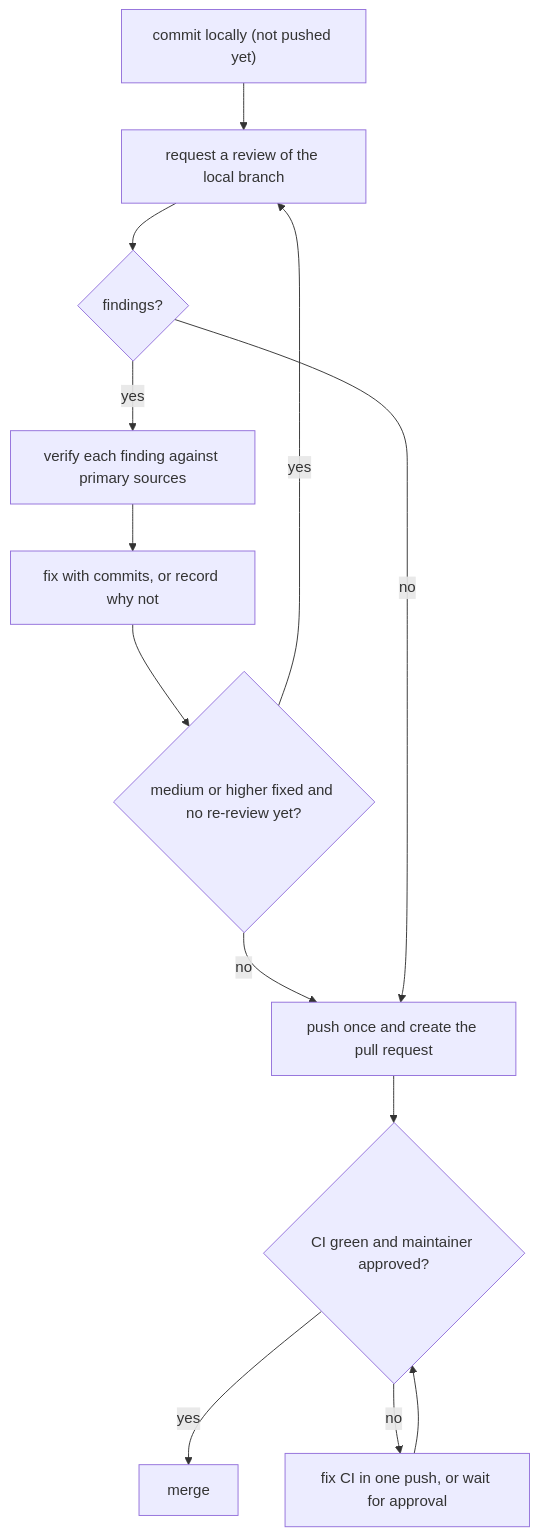
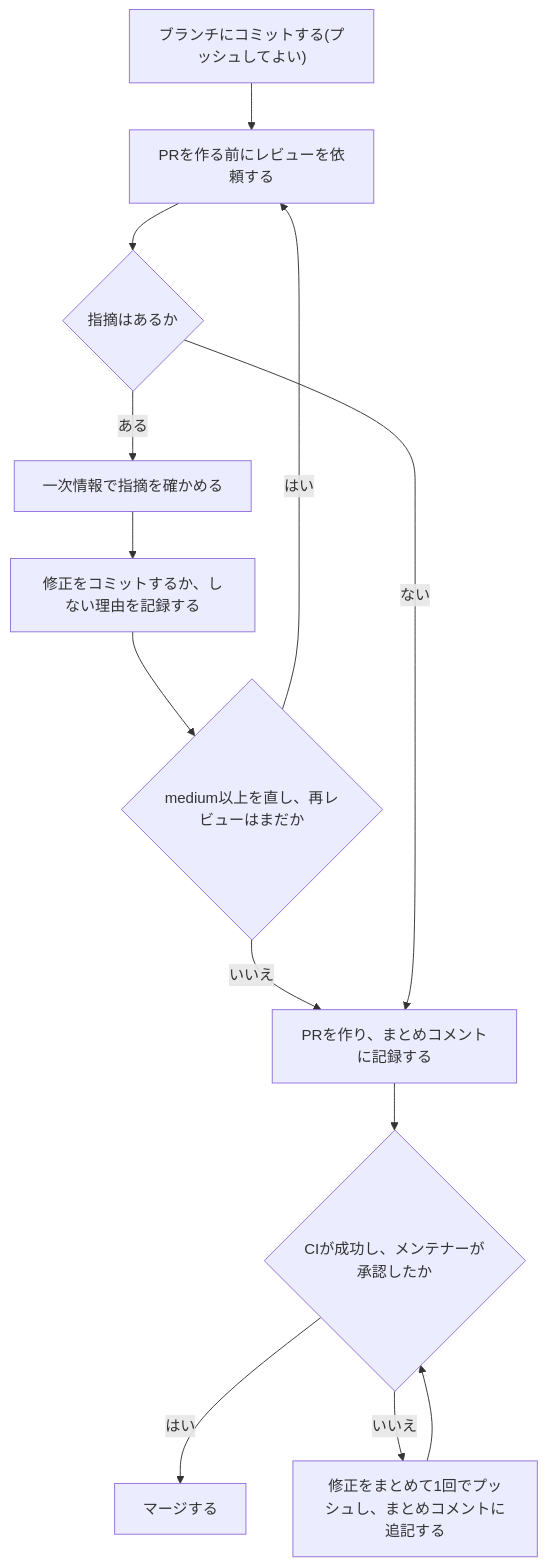
The diagram in docs/development/review-process.md (suchi/flying-microwave), drawn with Mermaid before and after one commit. The commit also changed other lines of this file and 7 other files, not shown here.

First line of the commit message:
docs: review before opening the PR, not before pushing

````diff
--- a/docs/development/review-process.md
+++ b/docs/development/review-process.md
@@ -22,15 +22,15 @@
 ```mermaid
 flowchart TD
-    commit["commit locally (not pushed yet)"] --> request["request a review of the local branch"]
-    request --> findings{"findings?"}
-    findings -->|"yes"| verify["verify each finding against primary sources"]
-    verify --> respond["fix with commits, or record why not"]
-    respond --> again{"medium or higher fixed and no re-review yet?"}
-    again -->|"yes"| request
-    again -->|"no"| push["push once and create the pull request"]
-    findings -->|"no"| push
-    push --> gate{"CI green and maintainer approved?"}
-    gate -->|"yes"| merge["merge"]
-    gate -->|"no"| wait["fix CI in one push, or wait for approval"]
-    wait --> gate
+    commit["ブランチにコミットする(プッシュしてよい)"] --> request["PRを作る前にレビューを依頼する"]
+    request --> findings{"指摘はあるか"}
+    findings -->|"ある"| verify["一次情報で指摘を確かめる"]
+    verify --> respond["修正をコミットするか、しない理由を記録する"]
+    respond --> again{"medium以上を直し、再レビューはまだか"}
+    again -->|"はい"| request
+    again -->|"いいえ"| pr["PRを作り、まとめコメントに記録する"]
+    findings -->|"ない"| pr
+    pr --> gate{"CIが成功し、メンテナーが承認したか"}
+    gate -->|"はい"| merge["マージする"]
+    gate -->|"いいえ"| fix["修正をまとめて1回でプッシュし、まとめコメントに追記する"]
+    fix --> gate
 ```
````
